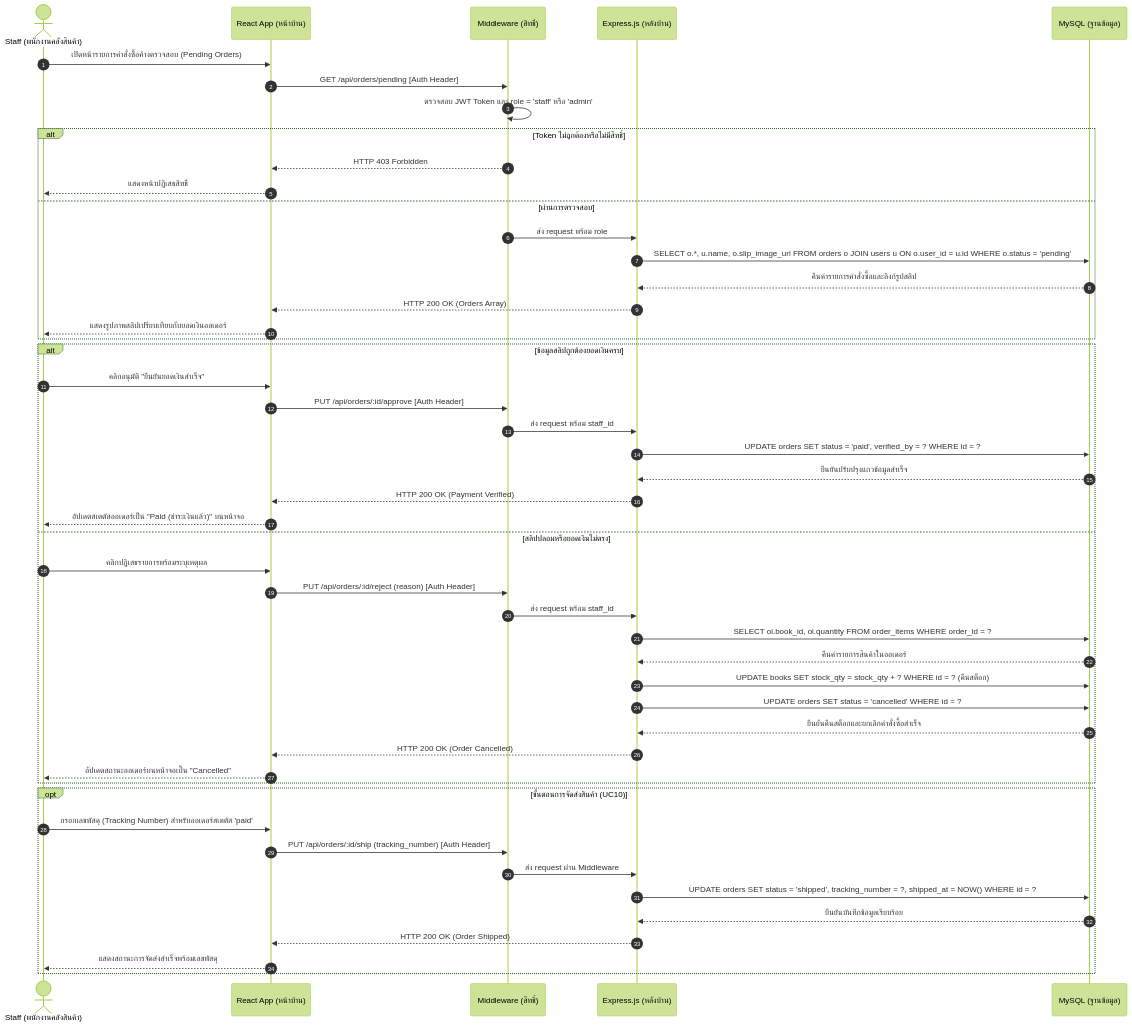
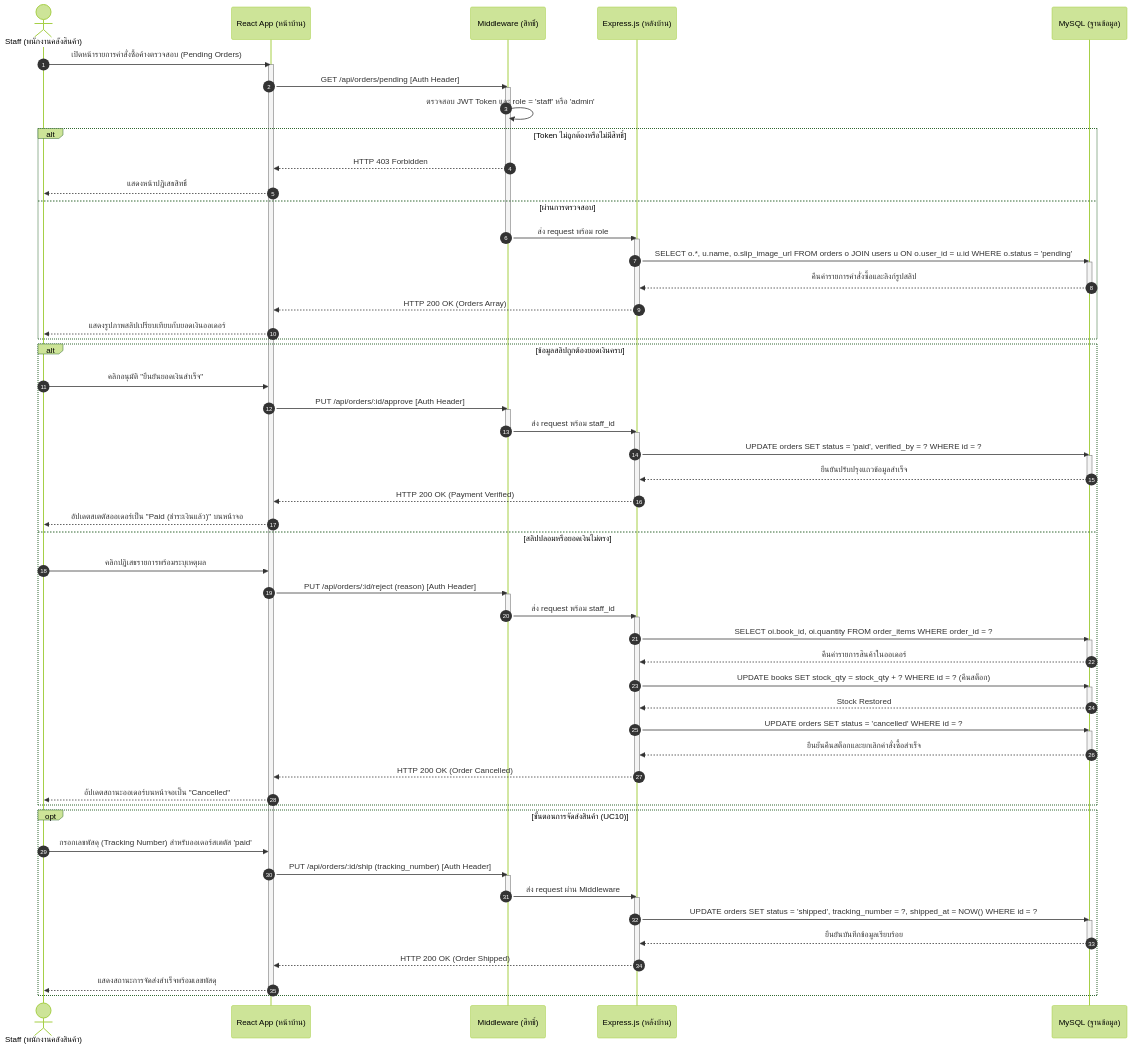
Before and after one commit to SupvichSpuGM/online-bookstore: the ninth of 15 diagrams in diagram/Diagram.md, drawn with Mermaid (forest theme). The commit also changed other lines of this file and 2 other files, not shown here.

Commit message:
อัพเดทให้ sq diagram ตรงกัน

````diff
--- a/diagram/Diagram.md
+++ b/diagram/Diagram.md
@@ -430,54 +570,85 @@
 ```mermaid
 sequenceDiagram
-    autonumber
-    actor Staff as Staff (พนักงานคลังสินค้า)
-    participant Client as React App (หน้าบ้าน)
-    participant AuthMW as Middleware (สิทธิ์)
-    participant API as Express.js (หลังบ้าน)
-    participant DB as MySQL (ฐานข้อมูล)
+            autonumber
+            actor Staff as Staff (พนักงานคลังสินค้า)
+            participant Client as React App (หน้าบ้าน)
+            participant AuthMW as Middleware (สิทธิ์)
+            participant API as Express.js (หลังบ้าน)
+            participant DB as MySQL (ฐานข้อมูล)
 
-    Staff->>Client: เปิดหน้ารายการคำสั่งซื้อค้างตรวจสอบ (Pending Orders)
-    Client->>AuthMW: GET /api/orders/pending [Auth Header]
-    AuthMW->>AuthMW: ตรวจสอบ JWT Token และ role = 'staff' หรือ 'admin'
-    alt Token ไม่ถูกต้องหรือไม่มีสิทธิ์
-        AuthMW-->>Client: HTTP 403 Forbidden
-        Client-->>Staff: แสดงหน้าปฏิเสธสิทธิ์
-    else ผ่านการตรวจสอบ
-        AuthMW->>API: ส่ง request พร้อม role
-        API->>DB: SELECT o.*, u.name, o.slip_image_url FROM orders o JOIN users u ON o.user_id = u.id WHERE o.status = 'pending'
-        DB-->>API: คืนค่ารายการคำสั่งซื้อและลิงก์รูปสลิป
-        API-->>Client: HTTP 200 OK (Orders Array)
-        Client-->>Staff: แสดงรูปภาพสลิปเปรียบเทียบกับยอดเงินออเดอร์
-    end
+            Staff->>Client: เปิดหน้ารายการคำสั่งซื้อค้างตรวจสอบ (Pending Orders)
+            activate Client
+            Client->>AuthMW: GET /api/orders/pending [Auth Header]
+            activate AuthMW
+            AuthMW->>AuthMW: ตรวจสอบ JWT Token และ role = 'staff' หรือ 'admin'
+            alt Token ไม่ถูกต้องหรือไม่มีสิทธิ์
+                AuthMW-->>Client: HTTP 403 Forbidden
+                Client-->>Staff: แสดงหน้าปฏิเสธสิทธิ์
+            else ผ่านการตรวจสอบ
+                AuthMW->>API: ส่ง request พร้อม role
+                deactivate AuthMW
+                activate API
+                API->>DB: SELECT o.*, u.name, o.slip_image_url FROM orders o JOIN users u ON o.user_id = u.id WHERE o.status = 'pending'
+                activate DB
+                DB-->>API: คืนค่ารายการคำสั่งซื้อและลิงก์รูปสลิป
+                deactivate DB
+                API-->>Client: HTTP 200 OK (Orders Array)
+                deactivate API
+                Client-->>Staff: แสดงรูปภาพสลิปเปรียบเทียบกับยอดเงินออเดอร์
+            end
 
-    alt ข้อมูลสลิปถูกต้องยอดเงินครบ
-        Staff->>Client: คลิกอนุมัติ "ยืนยันยอดเงินสำเร็จ"
-        Client->>AuthMW: PUT /api/orders/:id/approve [Auth Header]
-        AuthMW->>API: ส่ง request พร้อม staff_id
-        API->>DB: UPDATE orders SET status = 'paid', verified_by = ? WHERE id = ?
-        DB-->>API: ยืนยันปรับปรุงแถวข้อมูลสำเร็จ
-        API-->>Client: HTTP 200 OK (Payment Verified)
-        Client-->>Staff: อัปเดตสเตตัสออเดอร์เป็น "Paid (ชำระเงินแล้ว)" บนหน้าจอ
-    else สลิปปลอมหรือยอดเงินไม่ตรง
-        Staff->>Client: คลิกปฏิเสธรายการพร้อมระบุเหตุผล
-        Client->>AuthMW: PUT /api/orders/:id/reject (reason) [Auth Header]
-        AuthMW->>API: ส่ง request พร้อม staff_id
-        API->>DB: SELECT oi.book_id, oi.quantity FROM order_items WHERE order_id = ?
-        DB-->>API: คืนค่ารายการสินค้าในออเดอร์
-        API->>DB: UPDATE books SET stock_qty = stock_qty + ? WHERE id = ? (คืนสต็อก)
-        API->>DB: UPDATE orders SET status = 'cancelled' WHERE id = ?
-        DB-->>API: ยืนยันคืนสต็อกและยกเลิกคำสั่งซื้อสำเร็จ
-        API-->>Client: HTTP 200 OK (Order Cancelled)
-        Client-->>Staff: อัปเดตสถานะออเดอร์บนหน้าจอเป็น "Cancelled"
-    end
+            alt ข้อมูลสลิปถูกต้องยอดเงินครบ
+                Staff->>Client: คลิกอนุมัติ "ยืนยันยอดเงินสำเร็จ"
+                Client->>AuthMW: PUT /api/orders/:id/approve [Auth Header]
+                activate AuthMW
+                AuthMW->>API: ส่ง request พร้อม staff_id
+                deactivate AuthMW
+                activate API
+                API->>DB: UPDATE orders SET status = 'paid', verified_by = ? WHERE id = ?
+                activate DB
+                DB-->>API: ยืนยันปรับปรุงแถวข้อมูลสำเร็จ
+                deactivate DB
+                API-->>Client: HTTP 200 OK (Payment Verified)
+                deactivate API
+                Client-->>Staff: อัปเดตสเตตัสออเดอร์เป็น "Paid (ชำระเงินแล้ว)" บนหน้าจอ
+            else สลิปปลอมหรือยอดเงินไม่ตรง
+                Staff->>Client: คลิกปฏิเสธรายการพร้อมระบุเหตุผล
+                Client->>AuthMW: PUT /api/orders/:id/reject (reason) [Auth Header]
+                activate AuthMW
+                AuthMW->>API: ส่ง request พร้อม staff_id
+                deactivate AuthMW
+                activate API
+                API->>DB: SELECT oi.book_id, oi.quantity FROM order_items WHERE order_id = ?
+                activate DB
+                DB-->>API: คืนค่ารายการสินค้าในออเดอร์
+                deactivate DB
+                API->>DB: UPDATE books SET stock_qty = stock_qty + ? WHERE id = ? (คืนสต็อก)
+                activate DB
+                DB-->>API: Stock Restored
+                deactivate DB
+                API->>DB: UPDATE orders SET status = 'cancelled' WHERE id = ?
+                activate DB
+                DB-->>API: ยืนยันคืนสต็อกและยกเลิกคำสั่งซื้อสำเร็จ
+                deactivate DB
+                API-->>Client: HTTP 200 OK (Order Cancelled)
+                deactivate API
+                Client-->>Staff: อัปเดตสถานะออเดอร์บนหน้าจอเป็น "Cancelled"
+            end
 
-    opt ขั้นตอนการจัดส่งสินค้า (UC10)
-        Staff->>Client: กรอกเลขพัสดุ (Tracking Number) สำหรับออเดอร์สเตตัส 'paid'
-        Client->>AuthMW: PUT /api/orders/:id/ship (tracking_number) [Auth Header]
-        AuthMW->>API: ส่ง request ผ่าน Middleware
-        API->>DB: UPDATE orders SET status = 'shipped', tracking_number = ?, shipped_at = NOW() WHERE id = ?
-        DB-->>API: ยืนยันบันทึกข้อมูลเรียบร้อย
-        API-->>Client: HTTP 200 OK (Order Shipped)
-        Client-->>Staff: แสดงสถานะการจัดส่งสำเร็จพร้อมเลขพัสดุ
-    end
+            opt ขั้นตอนการจัดส่งสินค้า (UC10)
+                Staff->>Client: กรอกเลขพัสดุ (Tracking Number) สำหรับออเดอร์สเตตัส 'paid'
+                Client->>AuthMW: PUT /api/orders/:id/ship (tracking_number) [Auth Header]
+                activate AuthMW
+                AuthMW->>API: ส่ง request ผ่าน Middleware
+                deactivate AuthMW
+                activate API
+                API->>DB: UPDATE orders SET status = 'shipped', tracking_number = ?, shipped_at = NOW() WHERE id = ?
+                activate DB
+                DB-->>API: ยืนยันบันทึกข้อมูลเรียบร้อย
+                deactivate DB
+                API-->>Client: HTTP 200 OK (Order Shipped)
+                deactivate API
+                Client-->>Staff: แสดงสถานะการจัดส่งสำเร็จพร้อมเลขพัสดุ
+                deactivate Client
+            end
 ```
````
